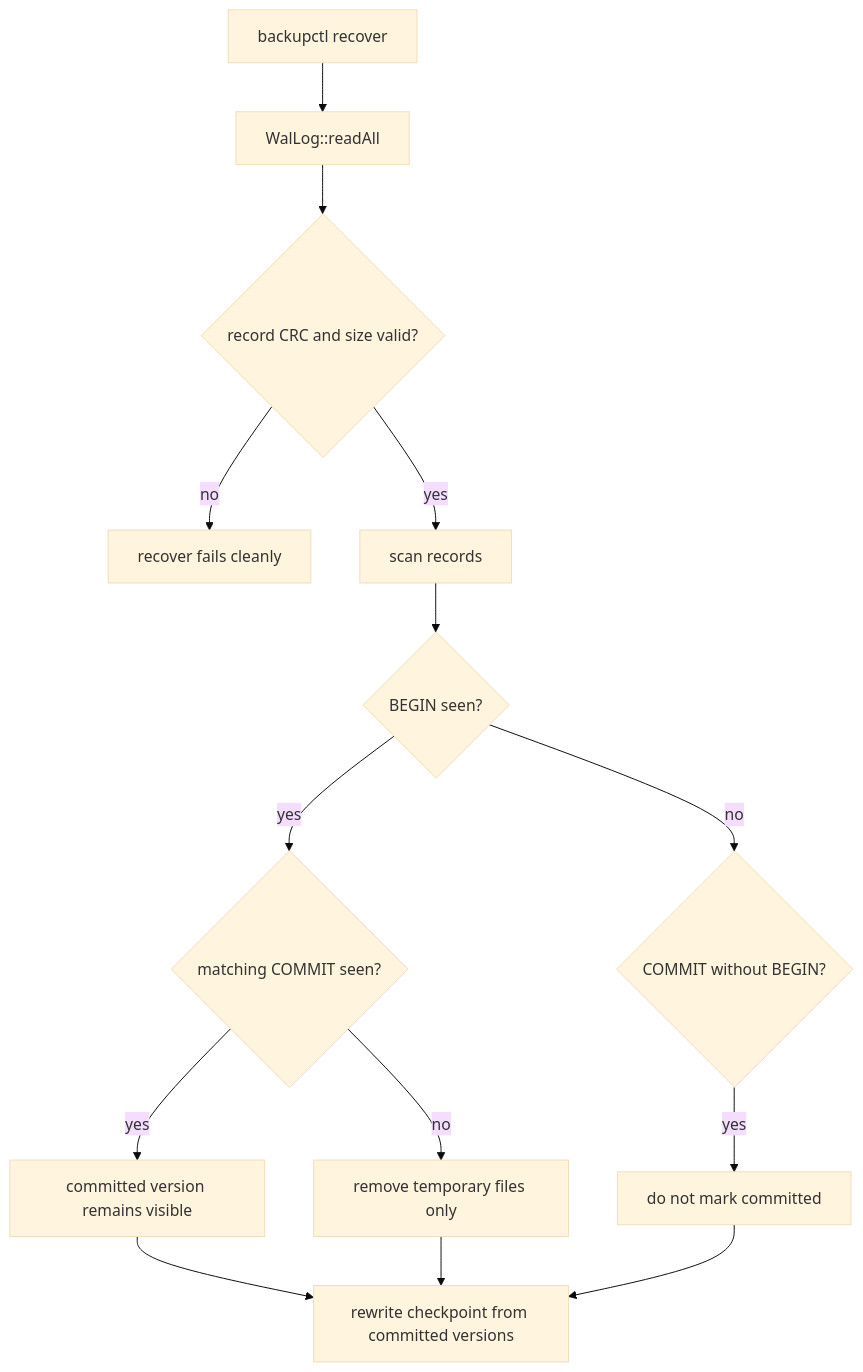
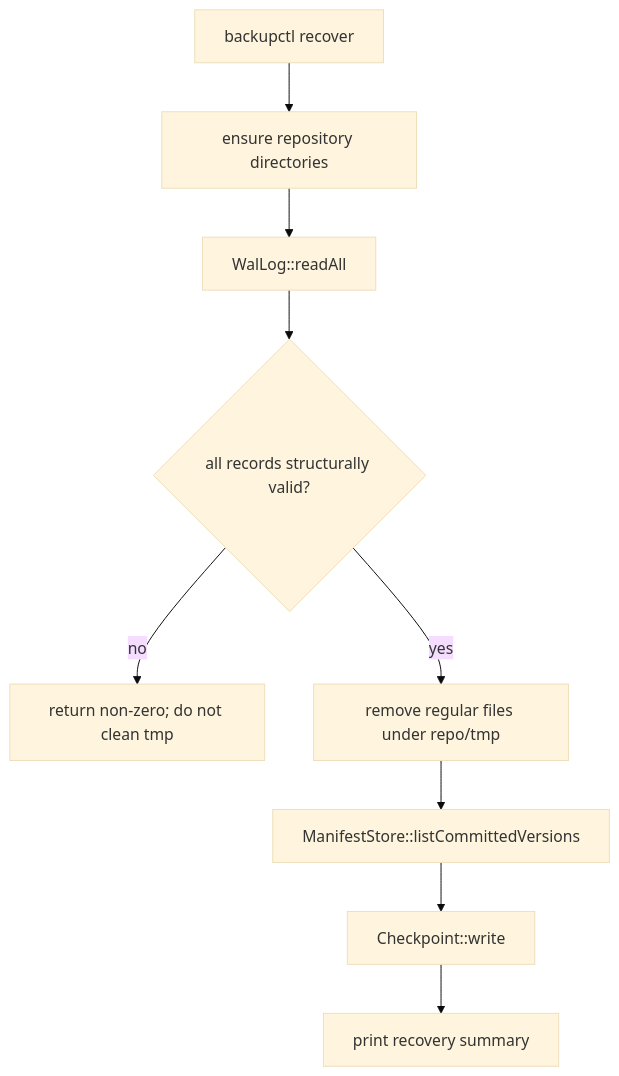
The sixth of 7 diagrams in docs/diagrams.md (JiaChangGit/cpp-data-protection-core), drawn with Mermaid (base theme) before and after one commit. The commit also changed other lines of this file and 23 other files, not shown here.

````diff
--- a/docs/diagrams.md
+++ b/docs/diagrams.md
@@ -329,16 +176,11 @@
 ```mermaid
 flowchart TD
-    Start["backupctl recover"] --> Read["WalLog::readAll"]
-    Read --> Crc{"record CRC and size valid?"}
-    Crc -- "no" --> Fail["recover fails cleanly"]
-    Crc -- "yes" --> Replay["scan records"]
-    Replay --> Begin{"BEGIN seen?"}
-    Begin -- "no" --> CommitOnly{"COMMIT without BEGIN?"}
-    CommitOnly -- "yes" --> Ignore["do not mark committed"]
-    Begin -- "yes" --> Commit{"matching COMMIT seen?"}
-    Commit -- "no" --> Cleanup["remove temporary files only"]
-    Commit -- "yes" --> Visible["committed version remains visible"]
-    Visible --> Checkpoint["rewrite checkpoint from committed versions"]
-    Cleanup --> Checkpoint
-    Ignore --> Checkpoint
+    Start["backupctl recover"] --> Layout["ensure repository directories"]
+    Layout --> Read["WalLog::readAll"]
+    Read --> Valid{"all records structurally valid?"}
+    Valid -- "no" --> Fail["return non-zero; do not clean tmp"]
+    Valid -- "yes" --> Clean["remove regular files under repo/tmp"]
+    Clean --> List["ManifestStore::listCommittedVersions"]
+    List --> CP["Checkpoint::write"]
+    CP --> Report["print recovery summary"]
 ```
````
